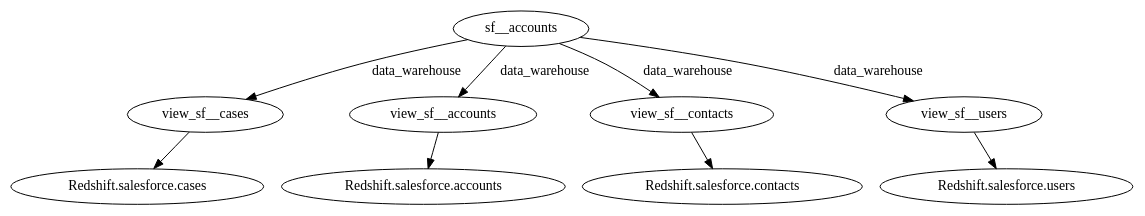
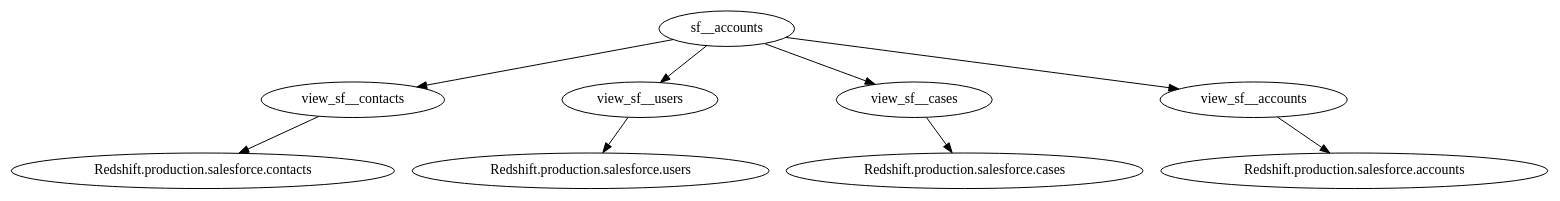
One commit to vickyjkwan/gazetteer changed the diagram in test_folder/graphs/sf__accounts.gv. Above: the diagram before and after it, drawn with Graphviz. The commit also changed 22 other files, not shown here.

```diff
--- a/test_folder/graphs/sf__accounts.gv
+++ b/test_folder/graphs/sf__accounts.gv
@@ -1,19 +1,19 @@
 digraph sf__accounts {
 	sf__accounts [label=sf__accounts]
+	view_sf__contacts [label=view_sf__contacts]
+	sf__accounts -> view_sf__contacts [label=""]
+	"Redshift.production.salesforce.contacts" [label="Redshift.production.salesforce.contacts"]
+	view_sf__contacts -> "Redshift.production.salesforce.contacts"
+	view_sf__users [label=view_sf__users]
+	sf__accounts -> view_sf__users [label=""]
+	"Redshift.production.salesforce.users" [label="Redshift.production.salesforce.users"]
+	view_sf__users -> "Redshift.production.salesforce.users"
 	view_sf__cases [label=view_sf__cases]
-	sf__accounts -> view_sf__cases [label=data_warehouse]
-	"Redshift.salesforce.cases" [label="Redshift.salesforce.cases"]
-	view_sf__cases -> "Redshift.salesforce.cases"
+	sf__accounts -> view_sf__cases [label=""]
+	"Redshift.production.salesforce.cases" [label="Redshift.production.salesforce.cases"]
+	view_sf__cases -> "Redshift.production.salesforce.cases"
 	view_sf__accounts [label=view_sf__accounts]
-	sf__accounts -> view_sf__accounts [label=data_warehouse]
-	"Redshift.salesforce.accounts" [label="Redshift.salesforce.accounts"]
-	view_sf__accounts -> "Redshift.salesforce.accounts"
-	view_sf__contacts [label=view_sf__contacts]
-	sf__accounts -> view_sf__contacts [label=data_warehouse]
-	"Redshift.salesforce.contacts" [label="Redshift.salesforce.contacts"]
-	view_sf__contacts -> "Redshift.salesforce.contacts"
-	view_sf__users [label=view_sf__users]
-	sf__accounts -> view_sf__users [label=data_warehouse]
-	"Redshift.salesforce.users" [label="Redshift.salesforce.users"]
-	view_sf__users -> "Redshift.salesforce.users"
+	sf__accounts -> view_sf__accounts [label=""]
+	"Redshift.production.salesforce.accounts" [label="Redshift.production.salesforce.accounts"]
+	view_sf__accounts -> "Redshift.production.salesforce.accounts"
 }
```
